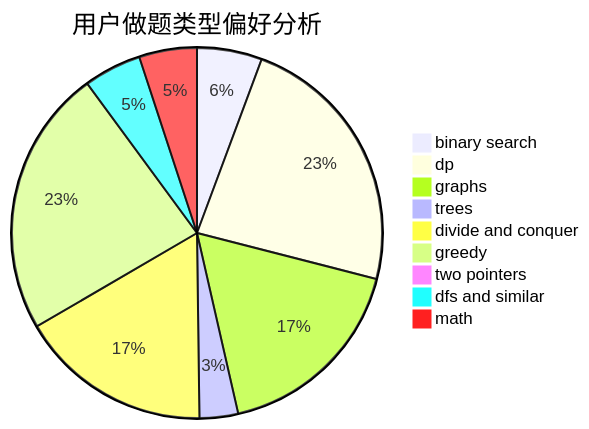
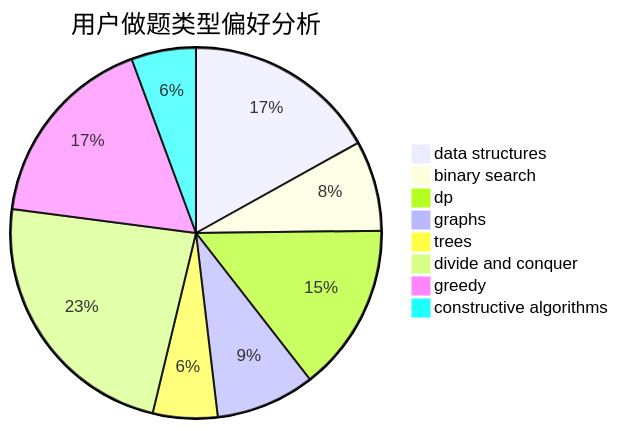
One commit to sherpahu/cfrs.github.io changed the second of 3 diagrams in docs/user/u1140.md. Above: the diagram before and after it, drawn with Mermaid. The commit also changed other lines of this file and 2775 other files, not shown here.

````diff
--- a/docs/user/u1140.md
+++ b/docs/user/u1140.md
@@ -23,12 +23,11 @@
 ```mermaid
 pie title 用户做题类型偏好分析
-    "binary search" :  27
-    "dp" :  111
-    "graphs" :  83
-    "trees" :  16
-    "divide and conquer" :  80
-    "greedy" :  111
-    "two pointers" :  0
-    "dfs and similar" :  24
-    "math" :  24
+    "data structures" :  45
+    "binary search" :  21
+    "dp" :  39
+    "graphs" :  23
+    "trees" :  15
+    "divide and conquer" :  62
+    "greedy" :  46
+    "constructive algorithms" :  15
 ```
````
